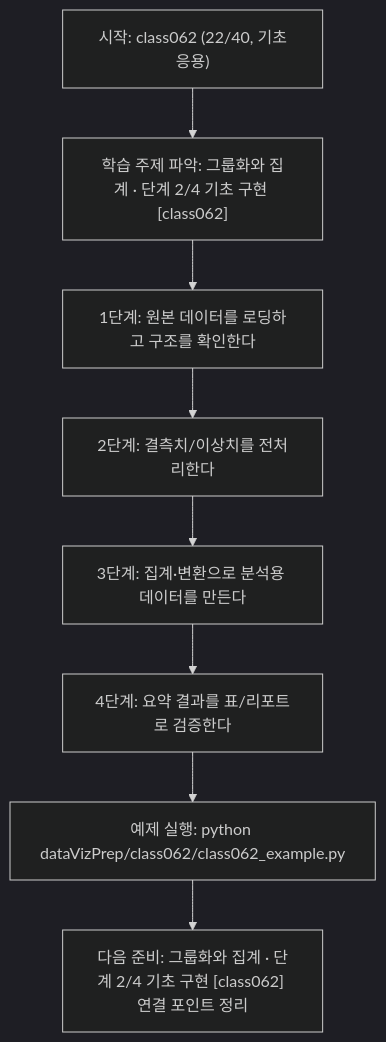
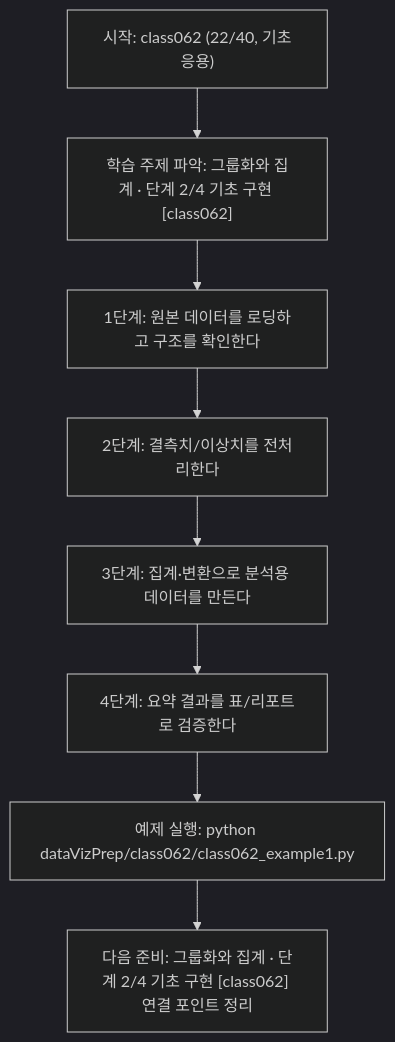
Before and after one commit to edumgt/Python-AI_Agent-Class: the diagram in dataVizPrep/class062/class062.md, drawn with Mermaid (dark theme). The commit also changed other lines of this file and 2959 other files, not shown here.

````diff
--- a/dataVizPrep/class062/class062.md
+++ b/dataVizPrep/class062/class062.md
@@ -110,18 +110,18 @@
 ```mermaid
 flowchart TD
 N1["시작: class062 (22/40, 기초응용)"]
 N2["학습 주제 파악: 그룹화와 집계 · 단계 2/4 기초 구현 [class062]"]
 N3["1단계: 원본 데이터를 로딩하고 구조를 확인한다"]
 N4["2단계: 결측치/이상치를 전처리한다"]
 N5["3단계: 집계·변환으로 분석용 데이터를 만든다"]
 N6["4단계: 요약 결과를 표/리포트로 검증한다"]
-N7["예제 실행: python dataVizPrep/class062/class062_example.py"]
+N7["예제 실행: python dataVizPrep/class062/class062_example1.py"]
 N8["다음 준비: 그룹화와 집계 · 단계 2/4 기초 구현 [class062] 연결 포인트 정리"]
 N1 --> N2
 N2 --> N3
 N3 --> N4
 N4 --> N5
 N5 --> N6
 N6 --> N7
 N7 --> N8
 ```
````
